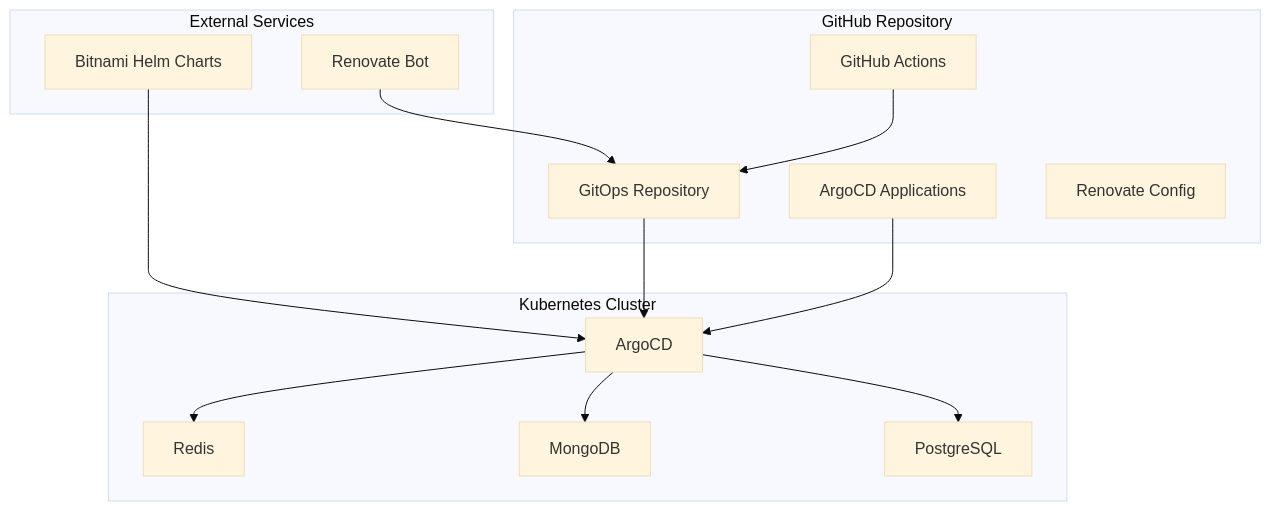
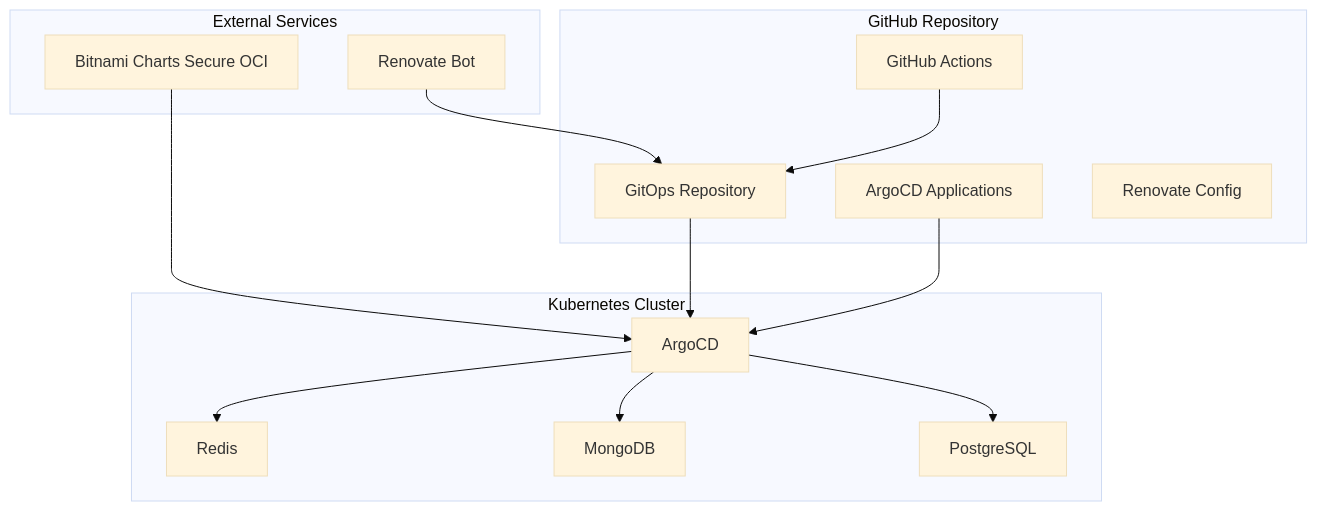
One commit to bitnami-labs/renovate-charts changed the diagram in docs/architecture.md. Above: the diagram before and after it, drawn with Mermaid (base theme). The commit also changed other lines of this file and 7 other files, not shown here.

````diff
--- a/docs/architecture.md
+++ b/docs/architecture.md
@@ -8,30 +8,30 @@
 ```mermaid
 graph TB
     subgraph "GitHub Repository"
         A[GitOps Repository]
         B[ArgoCD Applications]
         D[Renovate Config]
         E[GitHub Actions]
     end
 
     subgraph "Kubernetes Cluster"
         F[ArgoCD]
         G[PostgreSQL]
         H[MongoDB]
         I[Redis]
     end
 
     subgraph "External Services"
-        K[Bitnami Helm Charts]
+        K[Bitnami Charts Secure OCI]
         L[Renovate Bot]
     end
 
     A --> F
     B --> F
     F --> G
     F --> H
     F --> I
     K --> F
     L --> A
     E --> A
 ```
````
